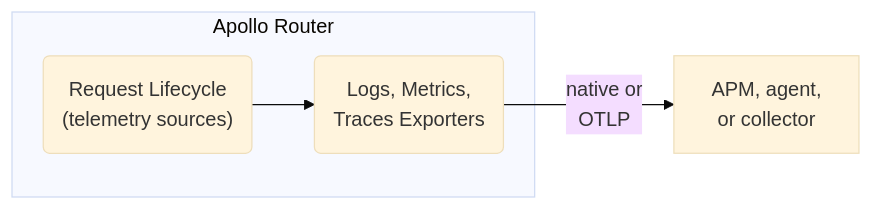
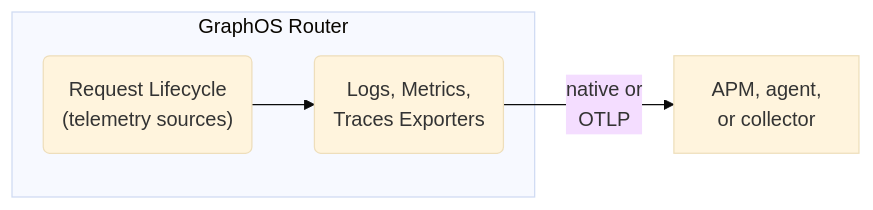
One commit to apollographql/router changed the first of 2 diagrams in docs/source/configuration/telemetry/overview.mdx. Above: the diagram before and after it, drawn with Mermaid (base theme). The commit also changed other lines of this file and 32 other files, not shown here.

````diff
--- a/docs/source/configuration/telemetry/overview.mdx
+++ b/docs/source/configuration/telemetry/overview.mdx
@@ -14,12 +14,12 @@
 ```mermaid
 flowchart LR
-    subgraph Apollo Router
+    subgraph GraphOS Router
     lifecycle("Request Lifecycle<br/>(telemetry sources)")
     exporters("Logs, Metrics,<br/>Traces Exporters")
     lifecycle-->exporters
     end
 
     apms["APM, agent,<br/>or collector"]
     exporters--"native or<br/>OTLP"-->apms
 
 ```
````
